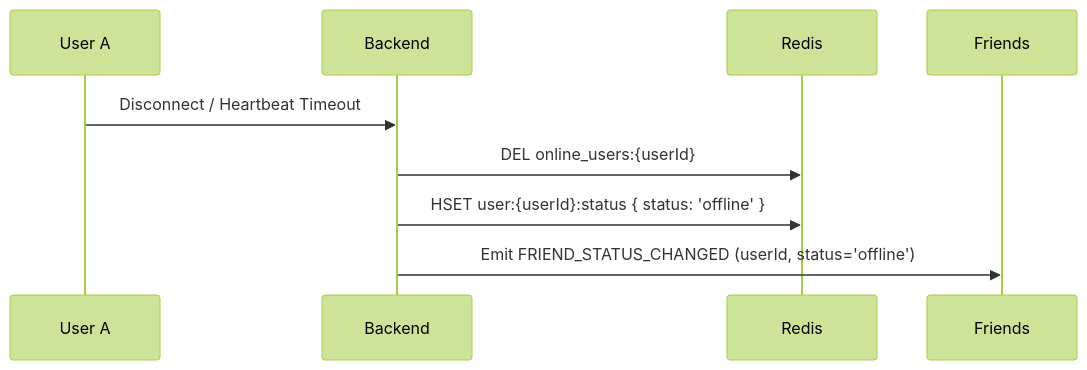
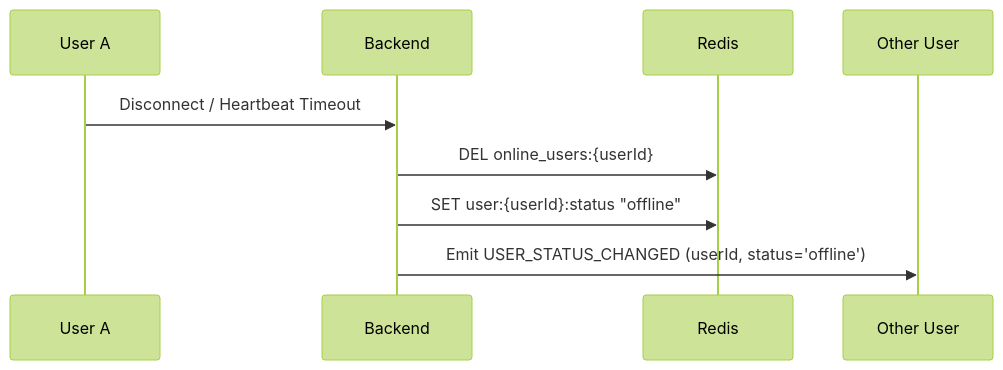
One commit to EricNguyen1206/turbo-chat changed the second of 2 diagrams in docs/ONLINE_STATUS_FEATURE.md. Above: the diagram before and after it, drawn with Mermaid (forest theme). The commit also changed other lines of this file and 42 other files, not shown here.

````diff
--- a/docs/ONLINE_STATUS_FEATURE.md
+++ b/docs/ONLINE_STATUS_FEATURE.md
@@ -43,13 +43,13 @@
 ```mermaid
 sequenceDiagram
     participant User as User A
     participant Server as Backend
     participant Redis as Redis
-    participant Friends as Friends
+    participant Client as Other User
 
     User->>Server: Disconnect / Heartbeat Timeout
     Server->>Redis: DEL online_users:{userId}
-    Server->>Redis: HSET user:{userId}:status { status: 'offline' }
+    Server->>Redis: SET user:{userId}:status "offline"
     
-    Server->>Friends: Emit FRIEND_STATUS_CHANGED (userId, status='offline')
+    Server->>Client: Emit USER_STATUS_CHANGED (userId, status='offline')
 ```
````
